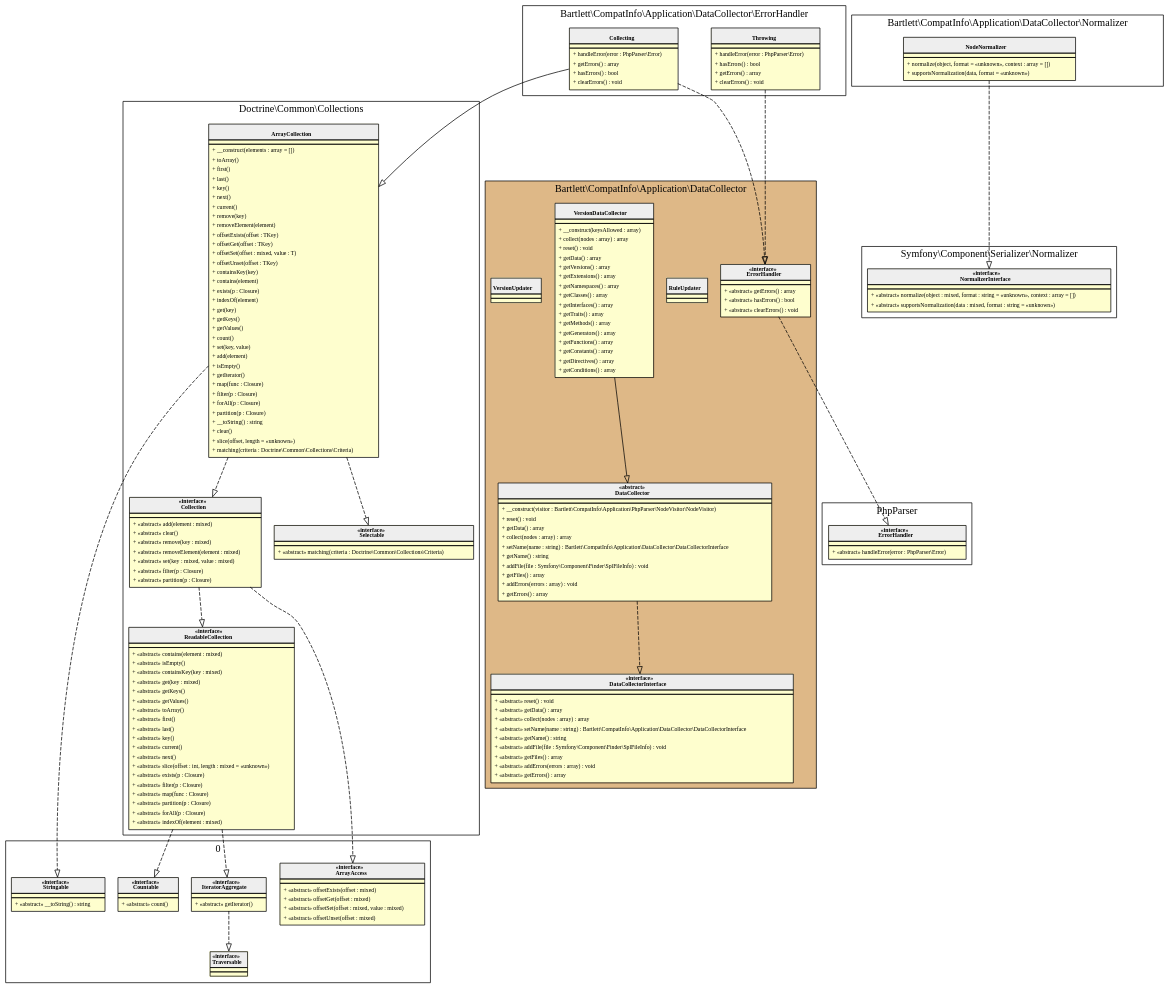
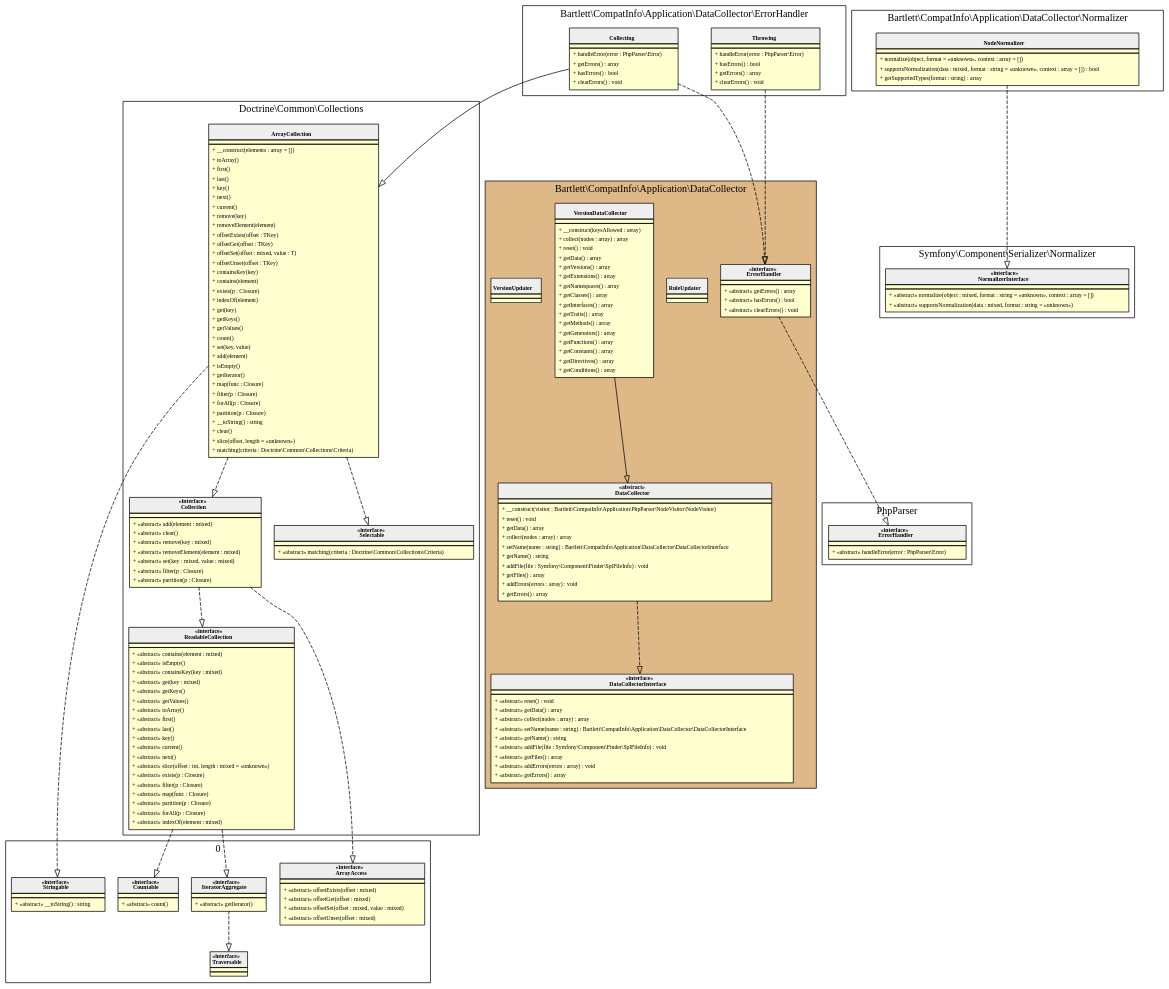
One commit to llaville/php-compatinfo changed the diagram in 7.1/assets/images/application-datacollector.html.gv. Above: the diagram before and after it, drawn with Graphviz. The commit also changed 8 other files, not shown here.

```diff
--- a/7.1/assets/images/application-datacollector.html.gv
+++ b/7.1/assets/images/application-datacollector.html.gv
@@ -263,7 +263,8 @@
     <tr><td></td></tr>
     <tr><td><table border="0" cellspacing="0" cellpadding="2">
     <tr><td align="left">+ normalize(object, format = «unknown», context : array = [])</td></tr>
-    <tr><td align="left">+ supportsNormalization(data, format = «unknown»)</td></tr>
+    <tr><td align="left">+ supportsNormalization(data : mixed, format : string = «unknown», context : array = []) : bool</td></tr>
+    <tr><td align="left">+ getSupportedTypes(format : string) : array</td></tr>
 </table></td></tr>
 </table>>]
   }
```
